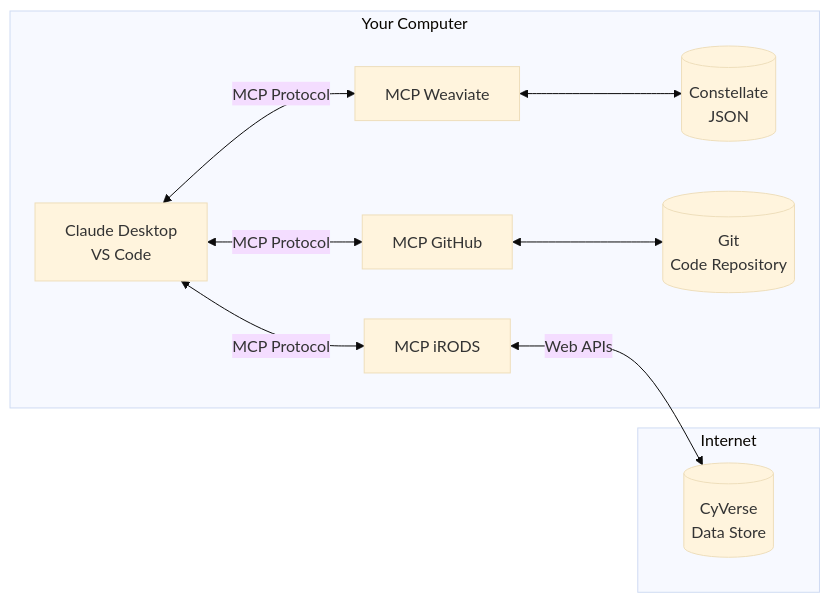
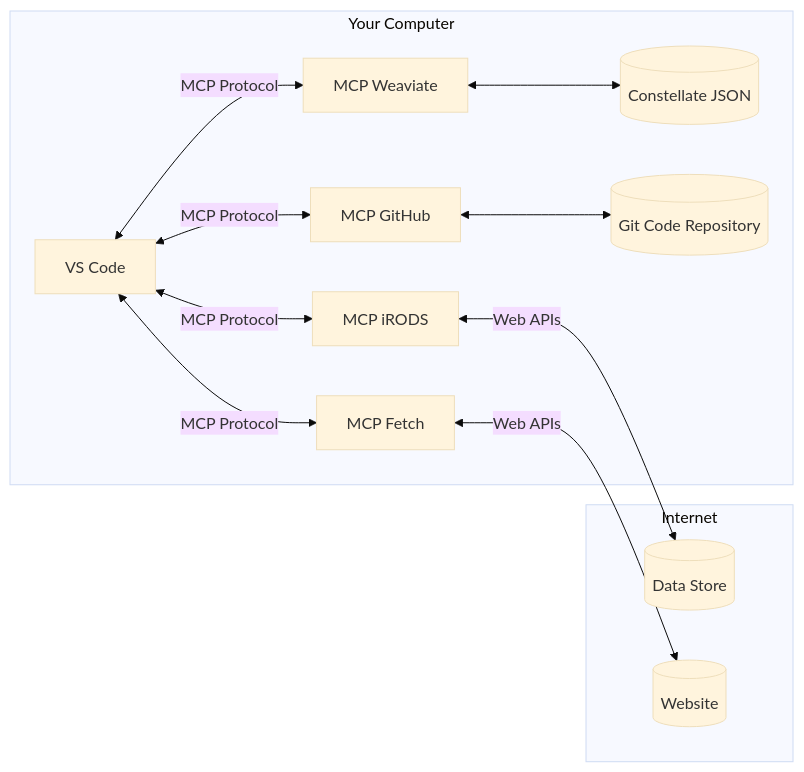
Before and after one commit to tyson-swetnam/intro-gpt: the diagram in docs/mcp.md, drawn with Mermaid (base theme). The commit also changed 2 other files, not shown here.

Commit message:
updated nav

````diff
--- a/docs/mcp.md
+++ b/docs/mcp.md
@@ -25,17 +25,20 @@
 ```mermaid
 flowchart LR
     subgraph "Your Computer"
-        Host["Claude Desktop\nVS Code"]
+        Host["VS Code"]
         S1["MCP Weaviate"]
         S2["MCP GitHub"]
         S3["MCP iRODS"]
+        S4["MCP Fetch"]
         Host <-->|"MCP Protocol"| S1
         Host <-->|"MCP Protocol"| S2
         Host <-->|"MCP Protocol"| S3
-        S1 <--> D1[("Constellate\nJSON")]
-        S2 <--> D2[("Git\nCode Repository")]
+        Host <-->|"MCP Protocol"| S4
+        S1 <--> D1[("Constellate JSON")]
+        S2 <--> D2[("Git Code Repository")]
     end
     subgraph "Internet"
-        S3 <-->|"Web APIs"| D3[("CyVerse\nData Store")]
+        S3 <-->|"Web APIs"| D3[("Data Store")]
+        S4 <-->|"Web APIs"| D4[("Website")]
     end
 ```
````
